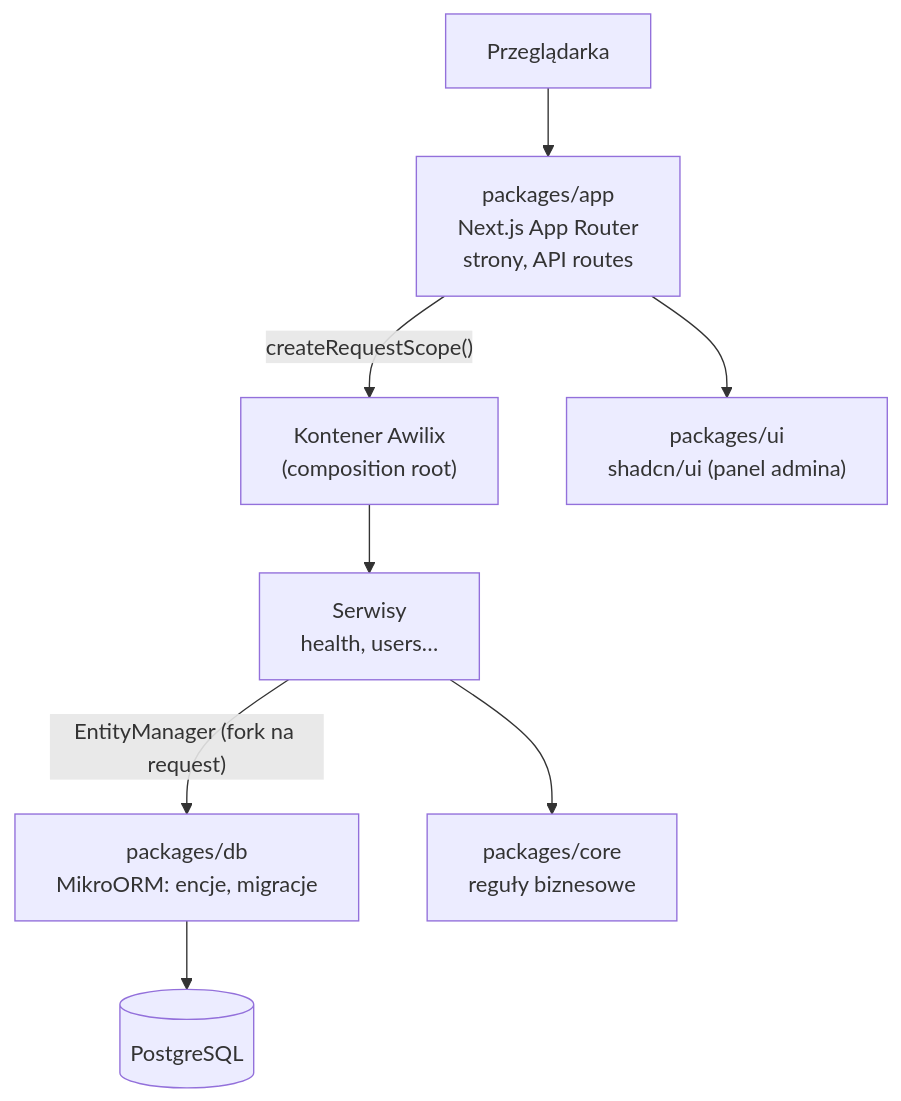
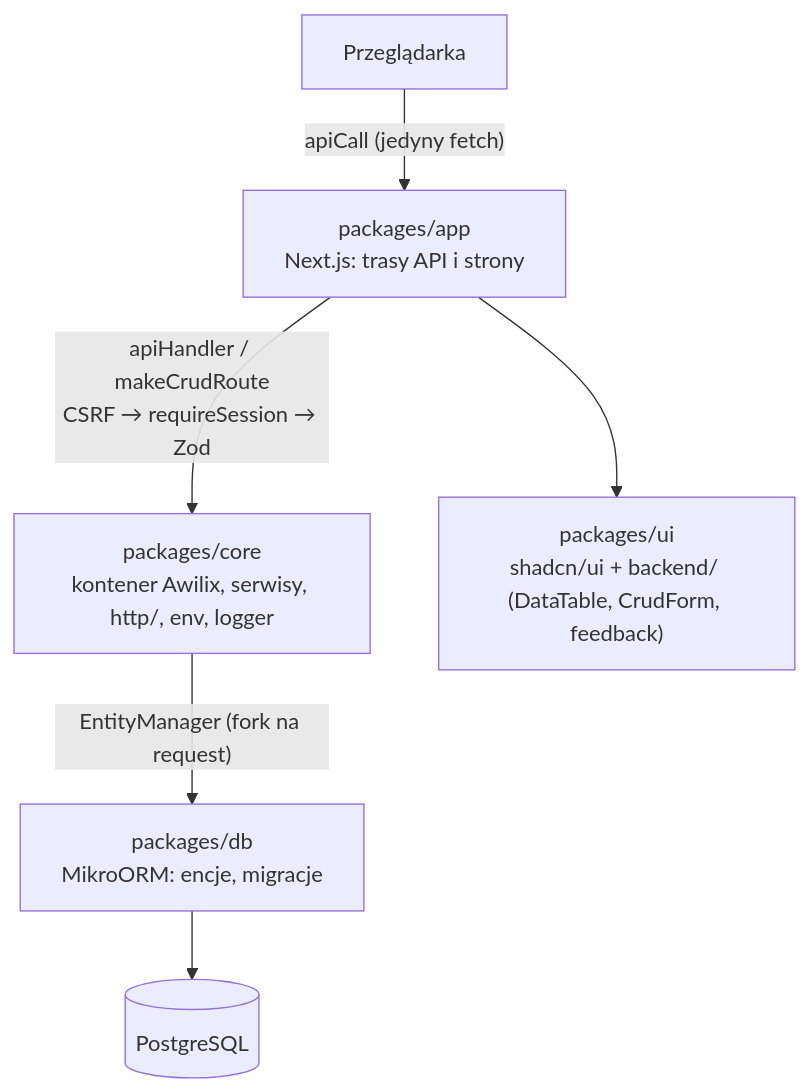
The diagram in README.md (SirJanek/claude-sdlc-project-template-ga), drawn with Mermaid before and after one commit. The commit also changed other lines of this file and 17 other files, not shown here.

````diff
--- a/README.md
+++ b/README.md
@@ -36,10 +36,8 @@
 ```mermaid
 flowchart TD
-  B[Przeglądarka] --> R["packages/app<br/>Next.js App Router<br/>strony, API routes"]
-  R -->|"createRequestScope()"| C["Kontener Awilix<br/>(composition root)"]
-  C --> S["Serwisy<br/>health, users…"]
-  S -->|"EntityManager (fork na request)"| D["packages/db<br/>MikroORM: encje, migracje"]
+  B[Przeglądarka] -->|"apiCall (jedyny fetch)"| R["packages/app<br/>Next.js: trasy API i strony"]
+  R -->|"apiHandler / makeCrudRoute<br/>CSRF → requireSession → Zod"| C["packages/core<br/>kontener Awilix, serwisy, http/, env, logger"]
+  C -->|"EntityManager (fork na request)"| D["packages/db<br/>MikroORM: encje, migracje"]
   D --> PG[(PostgreSQL)]
-  S --> CO["packages/core<br/>reguły biznesowe"]
-  R --> UI["packages/ui<br/>shadcn/ui (panel admina)"]
+  R --> UI["packages/ui<br/>shadcn/ui + backend/ (DataTable, CrudForm, feedback)"]
 ```
````
